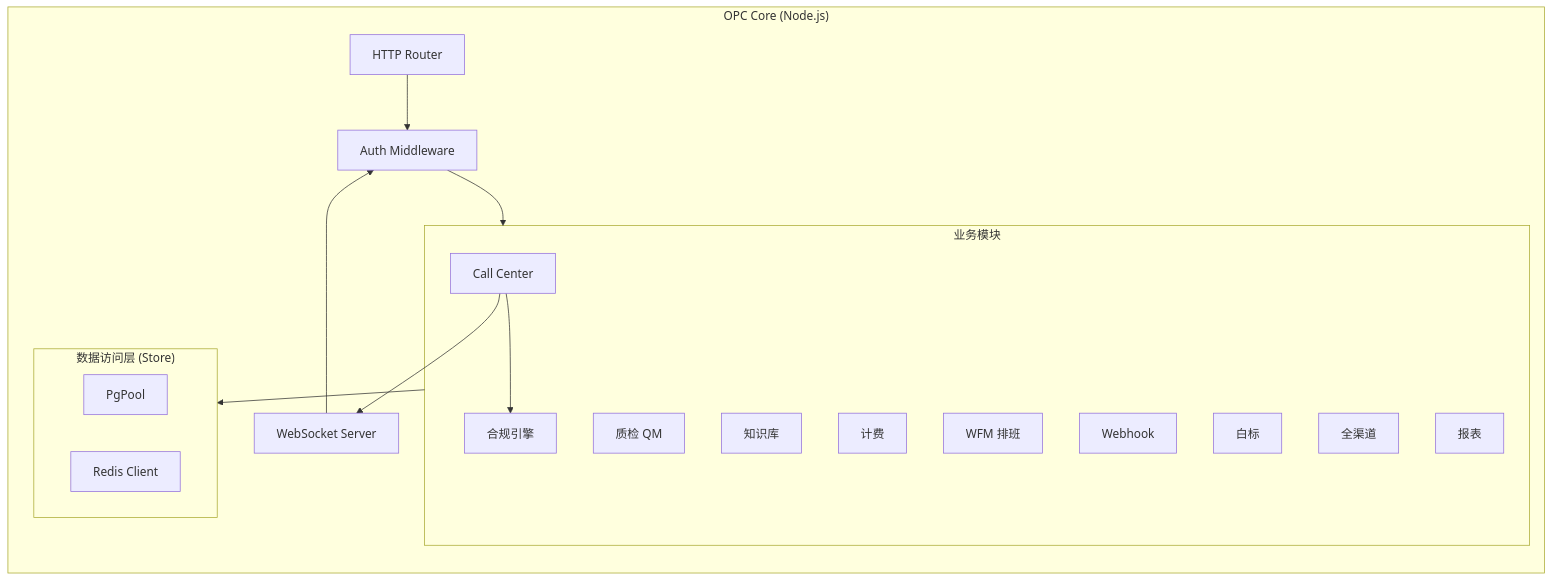
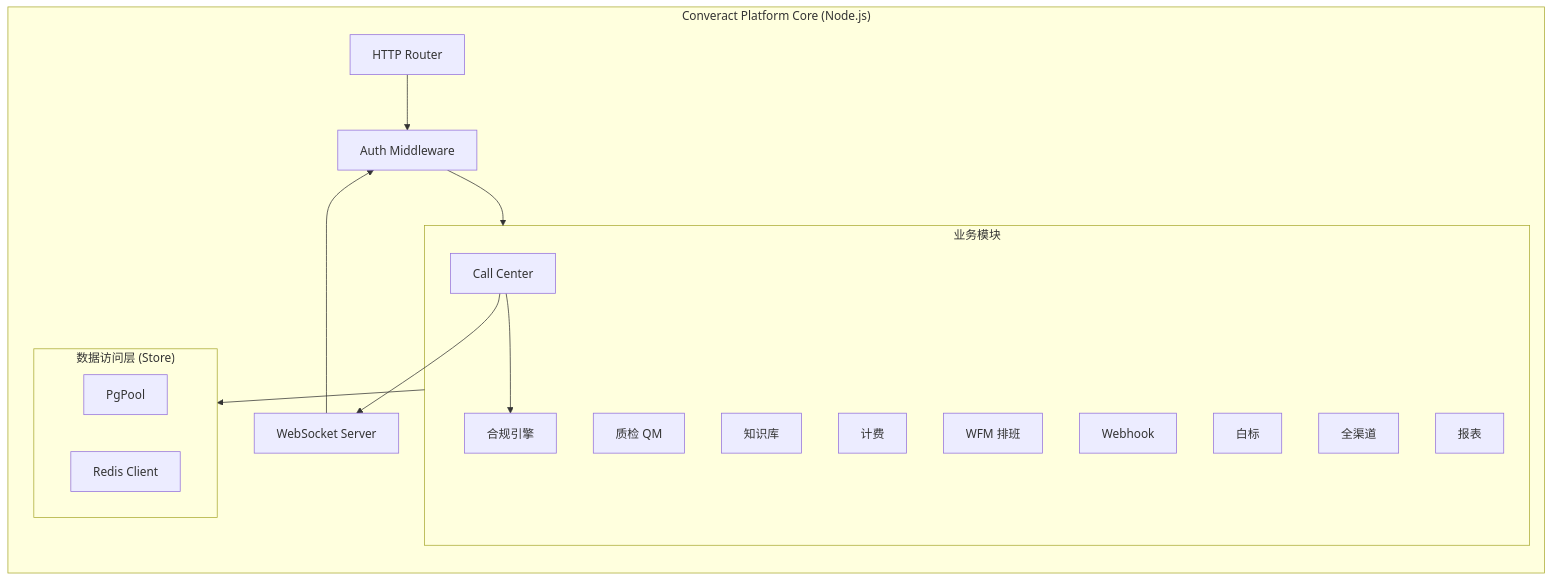
Before and after one commit to songgoldenwind-crypto/converact-platform: the first of 2 diagrams in docs/design/architecture-v3.md, drawn with Mermaid. The commit also changed other lines of this file and 1807 other files, not shown here.

````diff
--- a/docs/design/architecture-v3.md
+++ b/docs/design/architecture-v3.md
@@ -96,32 +96,32 @@
 ```mermaid
 graph LR
-    subgraph OPC["OPC Core (Node.js)"]
+    subgraph Converact Platform["Converact Platform Core (Node.js)"]
         HTTP[HTTP Router]
         WS[WebSocket Server]
         Auth[Auth Middleware]
         
         subgraph Domain["业务模块"]
             CC[Call Center]
             Compliance[合规引擎]
             QM[质检 QM]
             KB[知识库]
             Billing[计费]
             WFM[WFM 排班]
             Webhooks[Webhook]
             WhiteLabel[白标]
             Omni[全渠道]
             Report[报表]
         end
         
         subgraph Store["数据访问层 (Store)"]
             PgPool[PgPool]
             RedisClient[Redis Client]
         end
     end
     
     HTTP --> Auth --> Domain
     WS --> Auth
     Domain --> Store
     CC --> WS
     CC --> Compliance
 ```
````
